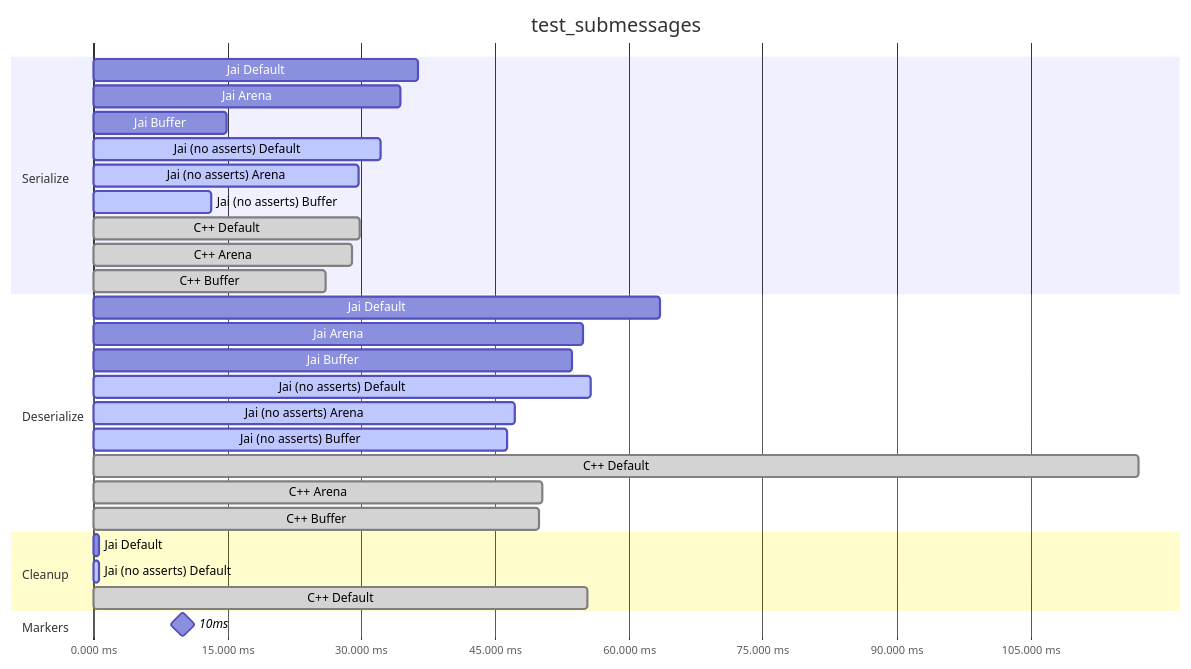
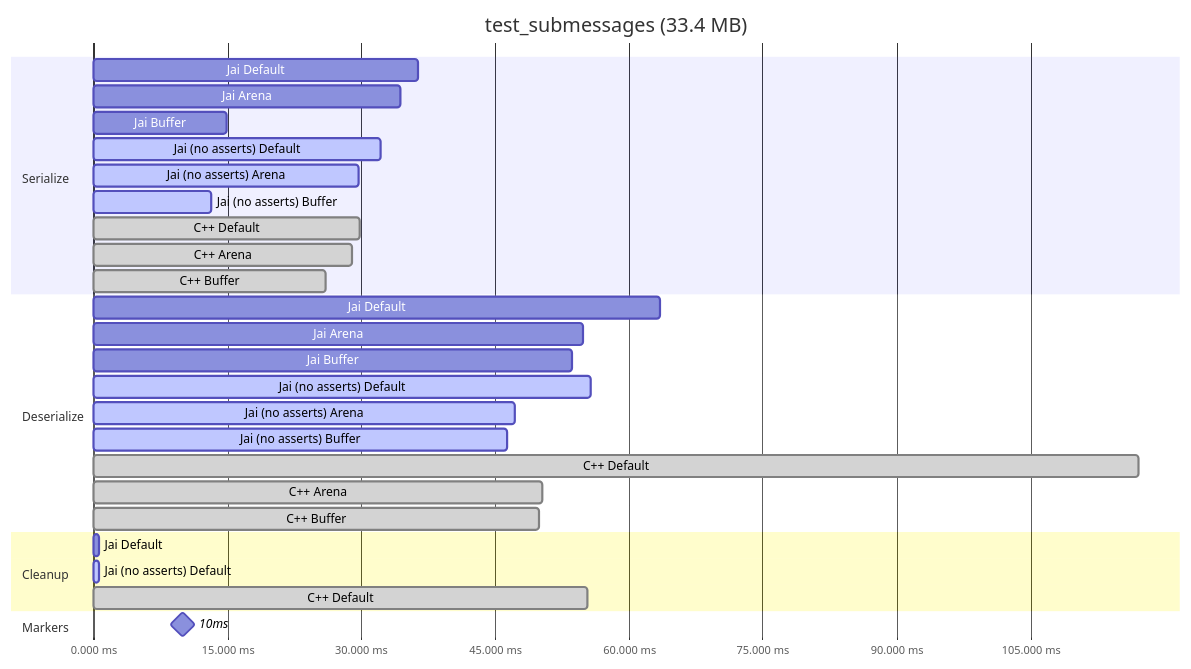
One commit to segcore/jai-protobuf-timings changed the seventh of 7 diagrams in README.md. Above: the diagram before and after it, drawn with Mermaid. The commit also changed other lines of this file and 1 other file, not shown here.

````diff
--- a/README.md
+++ b/README.md
@@ -214,32 +214,32 @@
 ```mermaid
 gantt
-    title test_submessages
+    title test_submessages (33.4 MB)
     dateFormat x
     axisFormat %s.%L ms
     section Serialize
         Jai Default : 0, 36.373355s
         Jai Arena : 0, 34.363119s
         Jai Buffer : 0, 14.979541s
         Jai (no asserts) Default :active, 0, 32.212246s
         Jai (no asserts) Arena :active, 0, 29.674329s
         Jai (no asserts) Buffer :active, 0, 13.191644s
         C++ Default :done, 0, 29.863336s
         C++ Arena :done, 0, 29.001687s
         C++ Buffer :done, 0, 25.992598s
     section Deserialize
         Jai Default : 0, 63.490041s
         Jai Arena : 0, 54.809998s
         Jai Buffer : 0, 53.645662s
         Jai (no asserts) Default :active, 0, 55.736894s
         Jai (no asserts) Arena :active, 0, 47.206382s
         Jai (no asserts) Buffer :active, 0, 46.295267s
         C++ Default :done, 0, 117.123226s
         C++ Arena :done, 0, 50.361708s
         C++ Buffer :done, 0, 49.948575s
     section Cleanup
         Jai Default : 0, 0.651492s
         Jai (no asserts) Default :active, 0, 0.637524s
         C++ Default :done, 0, 55.361613s
     section Markers
         10ms : milestone, m1, 0, 20s
 ```
````
